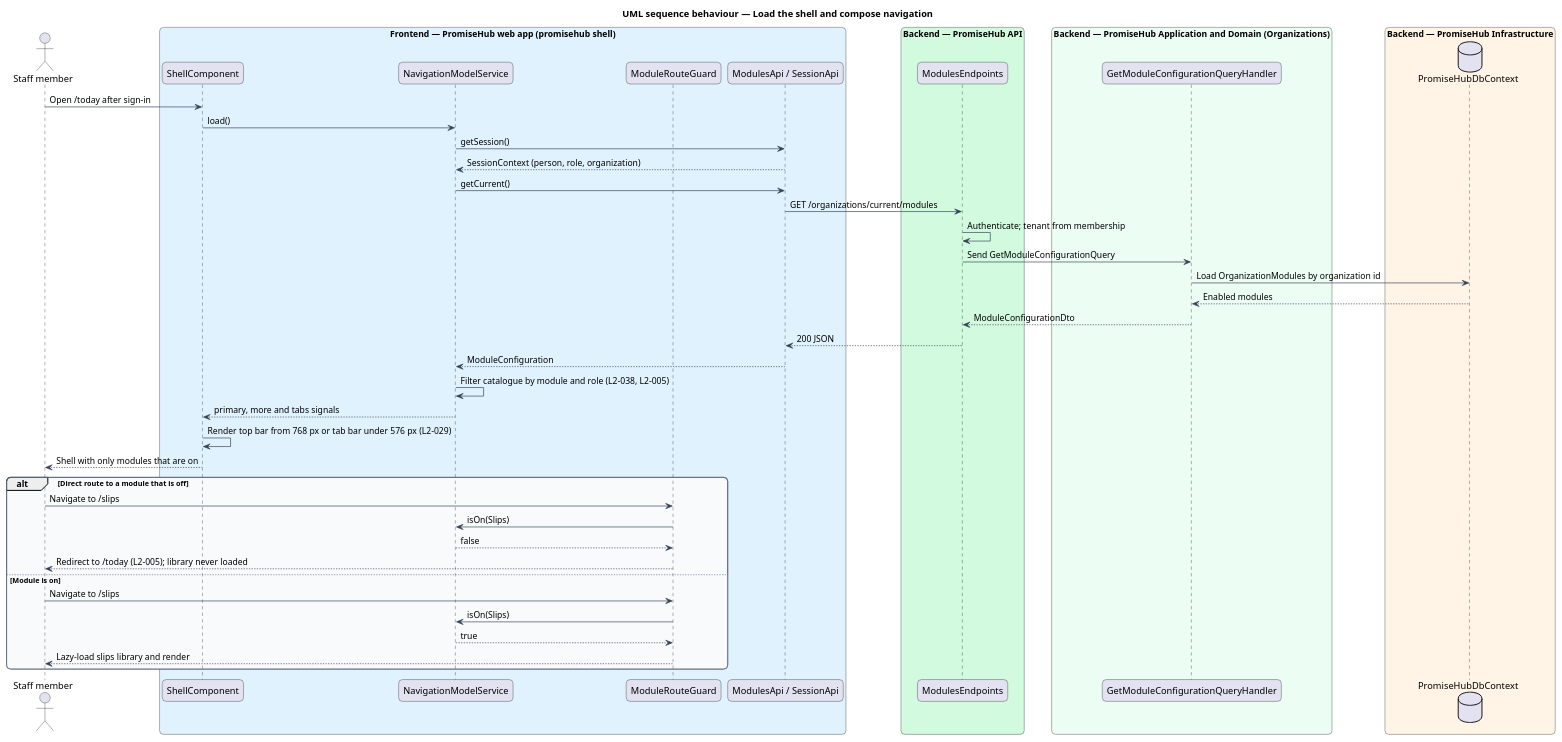
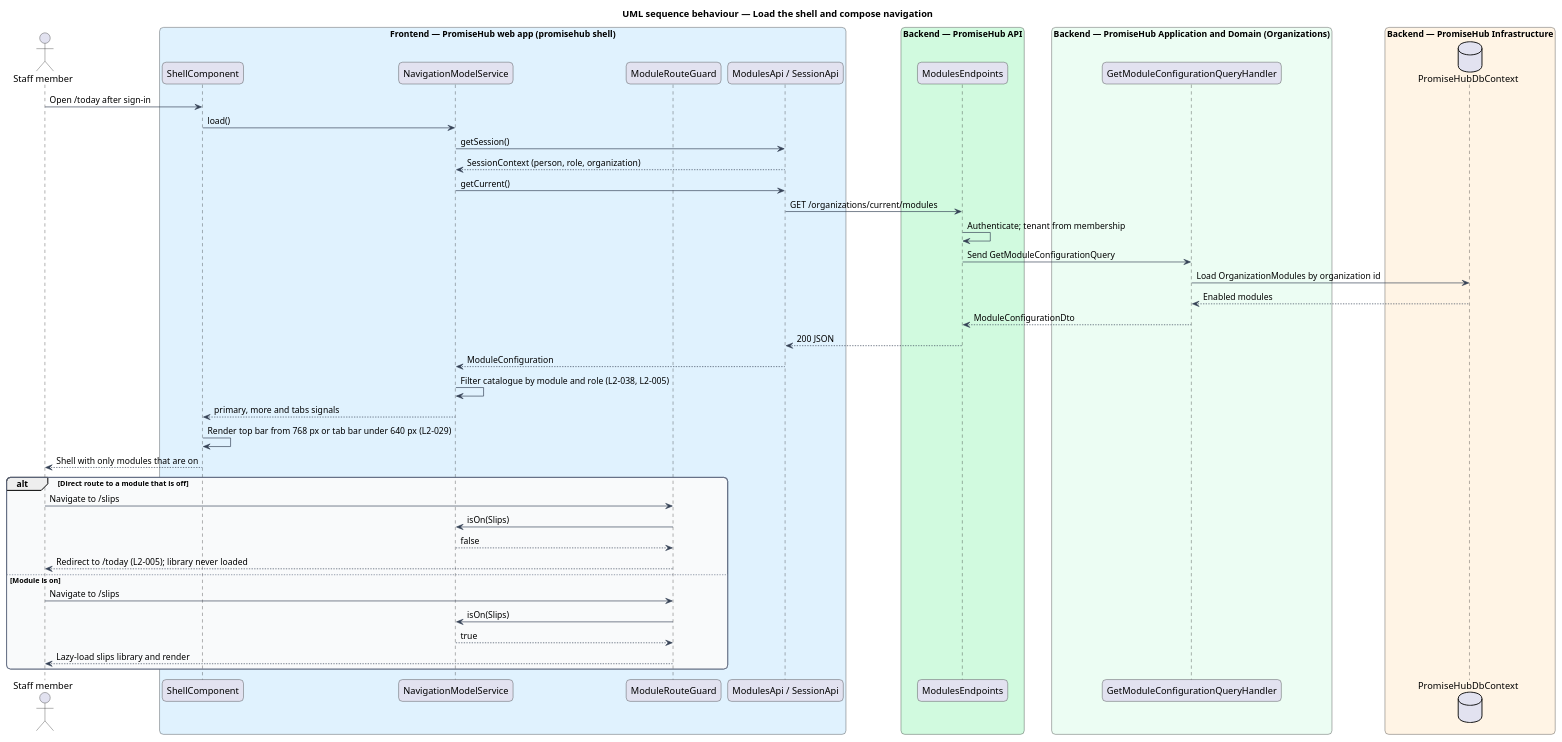
One commit to QuinntyneBrown/promise-hub changed the diagram in docs/detailed-designs/shell/compose-navigation/diagrams/sequence-compose-navigation.puml. Above: the diagram before and after it, drawn with PlantUML. The commit also changed 154 other files, not shown here.

```diff
--- a/docs/detailed-designs/shell/compose-navigation/diagrams/sequence-compose-navigation.puml
+++ b/docs/detailed-designs/shell/compose-navigation/diagrams/sequence-compose-navigation.puml
@@ -1,61 +1,61 @@
 @startuml
 title UML sequence behaviour — Load the shell and compose navigation
 skinparam backgroundColor #FFFFFF
 skinparam shadowing false
 skinparam roundcorner 12
 skinparam defaultFontName Arial
 skinparam ArrowColor #344054
 skinparam rectangle {
   BorderColor #344054
   FontColor #101828
 }
 skinparam package {
   BorderColor #667085
   FontColor #101828
   BackgroundColor #F9FAFB
 }
 actor "Staff member" as actor
 box "Frontend — PromiseHub web app (promisehub shell)" #E0F2FE
   participant "ShellComponent" as shell
   participant "NavigationModelService" as nav
   participant "ModuleRouteGuard" as guard
   participant "ModulesApi / SessionApi" as client
 end box
 box "Backend — PromiseHub API" #D1FADF
   participant "ModulesEndpoints" as endpoints
 end box
 box "Backend — PromiseHub Application and Domain (Organizations)" #ECFDF3
   participant "GetModuleConfigurationQueryHandler" as handler
 end box
 box "Backend — PromiseHub Infrastructure" #FFF4E5
   database "PromiseHubDbContext" as db
 end box
 actor -> shell : Open /today after sign-in
 shell -> nav : load()
 nav -> client : getSession()
 client --> nav : SessionContext (person, role, organization)
 nav -> client : getCurrent()
 client -> endpoints : GET /organizations/current/modules
 endpoints -> endpoints : Authenticate; tenant from membership
 endpoints -> handler : Send GetModuleConfigurationQuery
 handler -> db : Load OrganizationModules by organization id
 db --> handler : Enabled modules
 handler --> endpoints : ModuleConfigurationDto
 endpoints --> client : 200 JSON
 client --> nav : ModuleConfiguration
 nav -> nav : Filter catalogue by module and role (L2-038, L2-005)
 nav --> shell : primary, more and tabs signals
-shell -> shell : Render top bar from 768 px or tab bar under 576 px (L2-029)
+shell -> shell : Render top bar from 768 px or tab bar under 640 px (L2-029)
 shell --> actor : Shell with only modules that are on
 alt Direct route to a module that is off
   actor -> guard : Navigate to /slips
   guard -> nav : isOn(Slips)
   nav --> guard : false
   guard --> actor : Redirect to /today (L2-005); library never loaded
 else Module is on
   actor -> guard : Navigate to /slips
   guard -> nav : isOn(Slips)
   nav --> guard : true
   guard --> actor : Lazy-load slips library and render
 end
 @enduml
```
